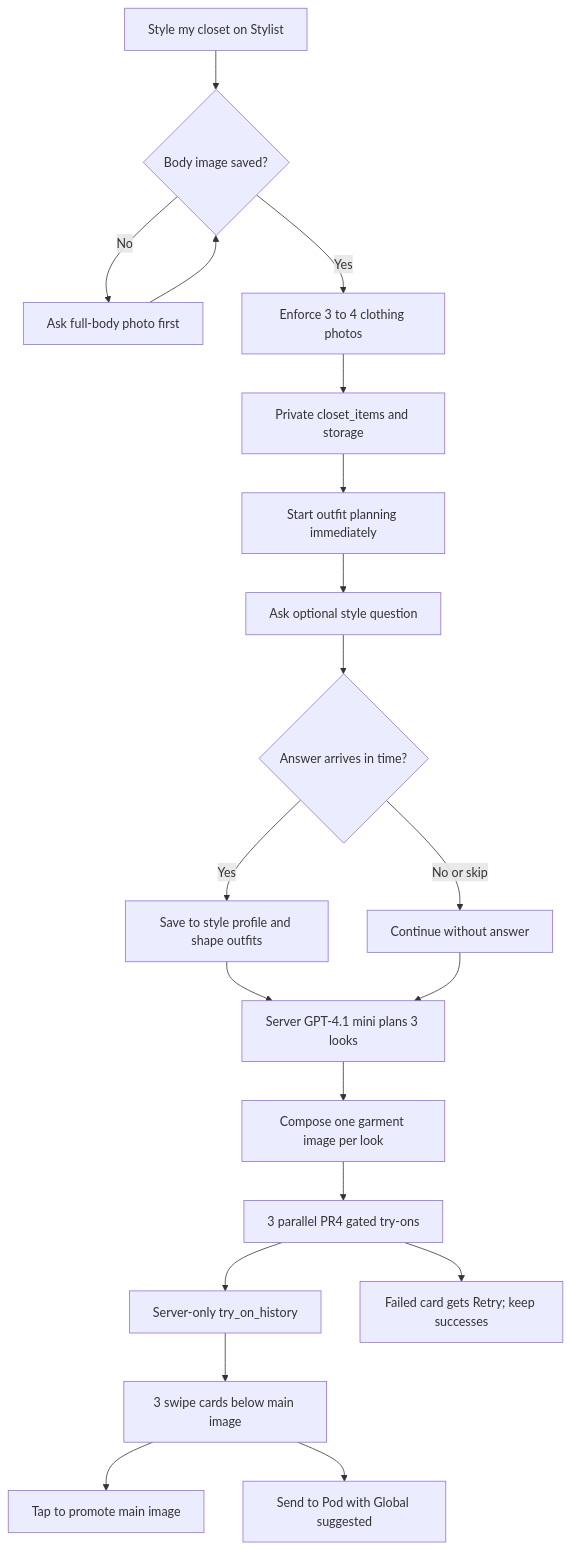
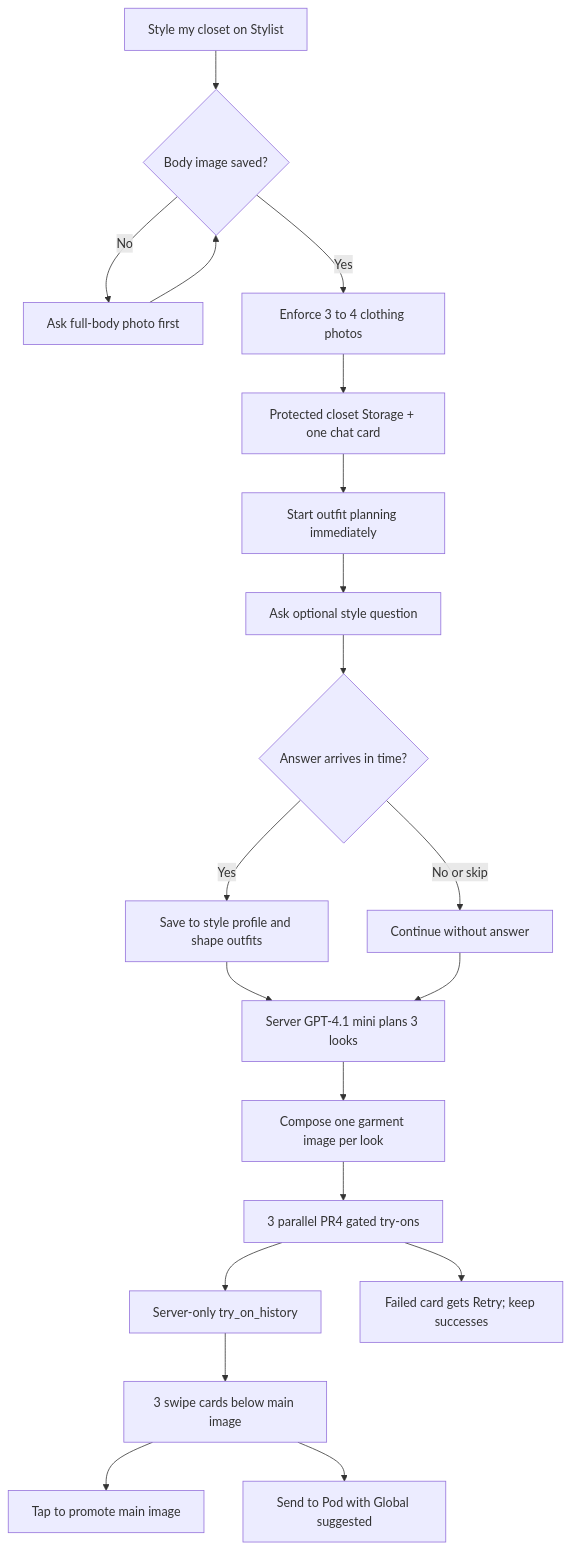
Before and after one commit to killbill2792/studio: the seventh of 10 diagrams in studio/ideas/stylit-agent/dev.md, drawn with Mermaid. The commit also changed other lines of this file and 1 other file, not shown here.

Commit message:
Align decision and workflow diagrams with final no-new-tables model

````diff
--- a/studio/ideas/stylit-agent/dev.md
+++ b/studio/ideas/stylit-agent/dev.md
@@ -192,22 +192,22 @@
 ```mermaid
 flowchart TD
   enter[Style my closet on Stylist] --> body{Body image saved?}
   body -->|No| full[Ask full-body photo first]
   full --> body
   body -->|Yes| uploads[Enforce 3 to 4 clothing photos]
-  uploads --> stored[Private closet_items and storage]
+  uploads --> stored[Protected closet Storage + one chat card]
   stored --> both[Start outfit planning immediately]
   both --> question[Ask optional style question]
   question --> answer{Answer arrives in time?}
   answer -->|Yes| profile[Save to style profile and shape outfits]
   answer -->|No or skip| default[Continue without answer]
   profile --> planner[Server GPT-4.1 mini plans 3 looks]
   default --> planner
   planner --> composite[Compose one garment image per look]
   composite --> parallel[3 parallel PR4 gated try-ons]
   parallel --> history[Server-only try_on_history]
   history --> cards[3 swipe cards below main image]
   cards --> select[Tap to promote main image]
   cards --> pod[Send to Pod with Global suggested]
   parallel --> failure[Failed card gets Retry; keep successes]
 ```
````
